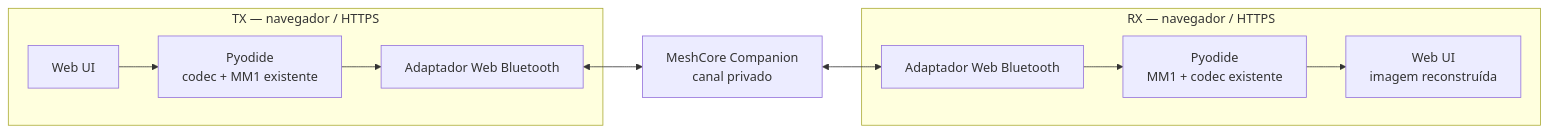
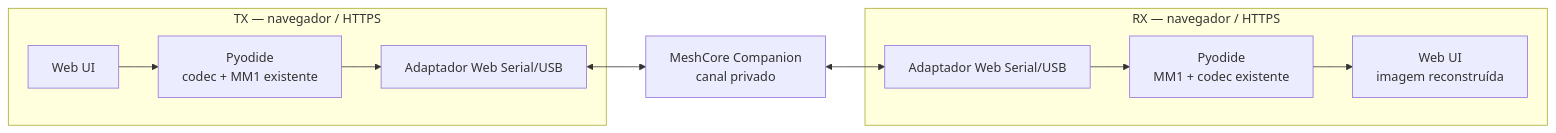
One commit to FernandoPucci/meshmedia-lab changed the third of 3 diagrams in docs/architecture.md. Above: the diagram before and after it, drawn with Mermaid. The commit also changed other lines of this file and 11 other files, not shown here.

Commit message:
feat(webapp): switch PoC to Web Serial

````diff
--- a/docs/architecture.md
+++ b/docs/architecture.md
@@ -276,13 +275,13 @@
 ```mermaid
 flowchart LR
     subgraph TX["TX — navegador / HTTPS"]
         TUI["Web UI"] --> PYTX["Pyodide<br/>codec + MM1 existente"]
-        PYTX --> BLETX["Adaptador Web Bluetooth"]
+        PYTX --> SERIALTX["Adaptador Web Serial/USB"]
     end
-    BLETX <--> MESH["MeshCore Companion<br/>canal privado"]
-    MESH <--> BLERX["Adaptador Web Bluetooth"]
+    SERIALTX <--> MESH["MeshCore Companion<br/>canal privado"]
+    MESH <--> SERIALRX["Adaptador Web Serial/USB"]
     subgraph RX["RX — navegador / HTTPS"]
-        BLERX --> PYRX["Pyodide<br/>MM1 + codec existente"]
+        SERIALRX --> PYRX["Pyodide<br/>MM1 + codec existente"]
         PYRX --> RUI["Web UI<br/>imagem reconstruída"]
     end
 ```
````
